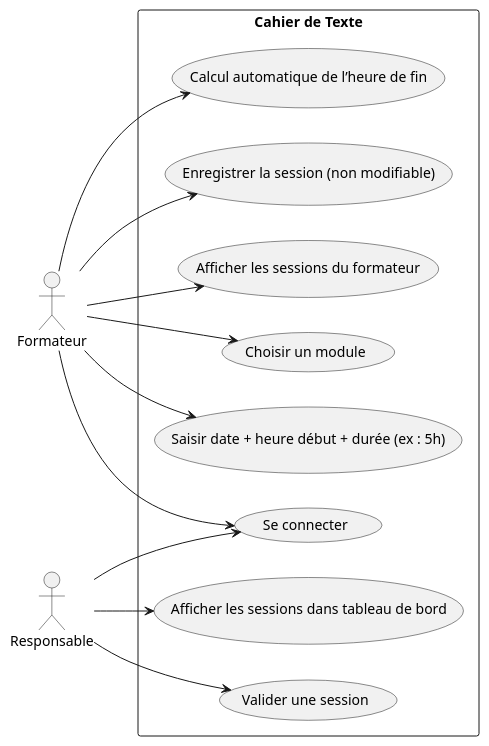
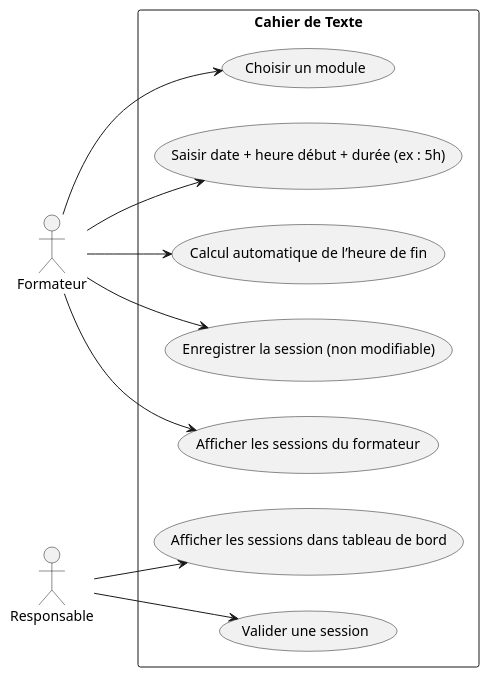
Before and after one commit to Ayoub-El-Bouzidi/fil-rouge: the diagram in Branch Functional/Analys/UseCase.puml, drawn with PlantUML. The commit also changed 1 other file, not shown here.

```diff
--- a/Branch Functional/Analys/UseCase.puml
+++ b/Branch Functional/Analys/UseCase.puml
@@ -1,31 +1,28 @@
 @startuml
 left to right direction
 skinparam packageStyle rectangle
 
 actor Formateur
 actor Responsable
 
 rectangle "Cahier de Texte" {
   
   usecase "Choisir un module"
   usecase "Saisir date + heure début + durée (ex : 5h)"
   usecase "Calcul automatique de l’heure de fin"
   usecase "Enregistrer la session (non modifiable)"
-  usecase "Se connecter"
   usecase "Afficher les sessions du formateur"
   usecase "Afficher les sessions dans tableau de bord"
   usecase "Valider une session"
 
  
   Formateur --> "Choisir un module"
   Formateur --> "Saisir date + heure début + durée (ex : 5h)"
   Formateur --> "Calcul automatique de l’heure de fin"
   Formateur --> "Enregistrer la session (non modifiable)"
   Formateur --> "Afficher les sessions du formateur"
-  Formateur --> "Se connecter"
 
-  Responsable --> "Se connecter"
   Responsable --> "Afficher les sessions dans tableau de bord"
   Responsable --> "Valider une session"
 }
 @enduml
```
